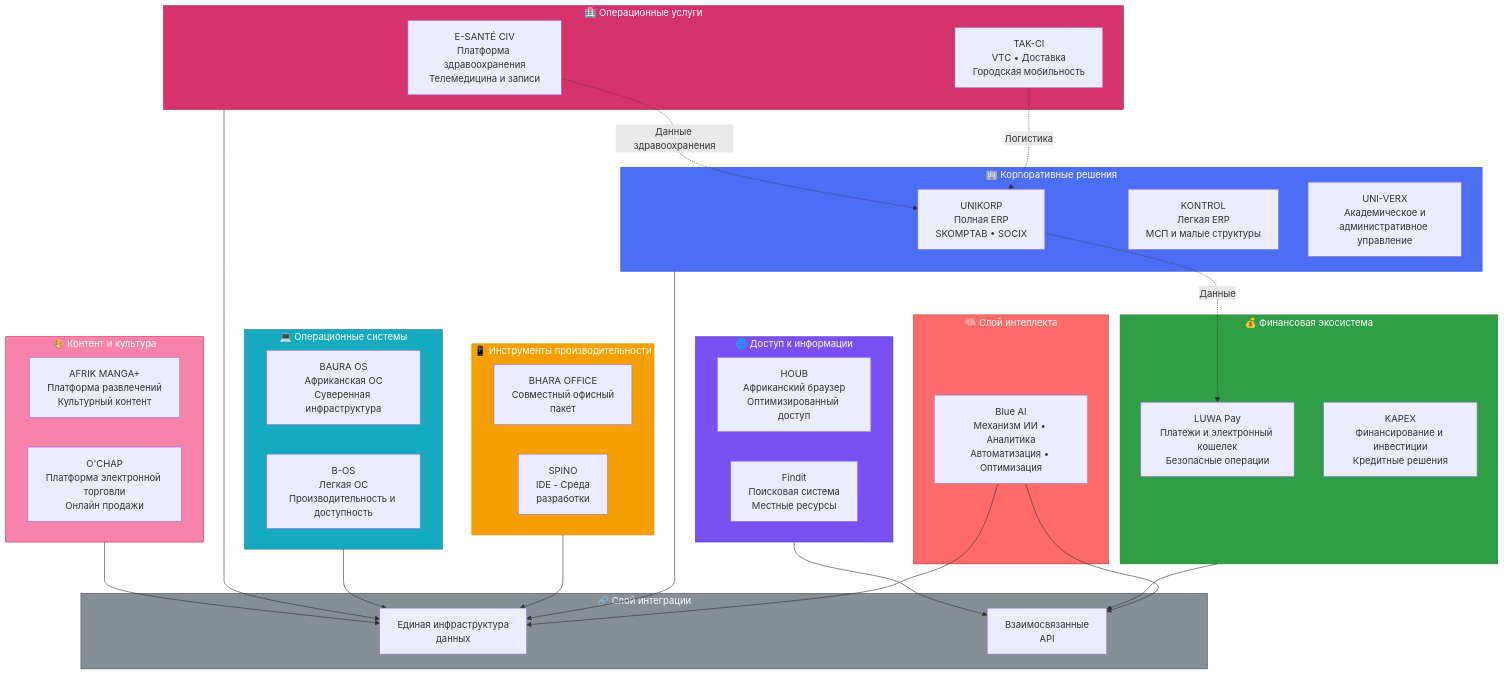
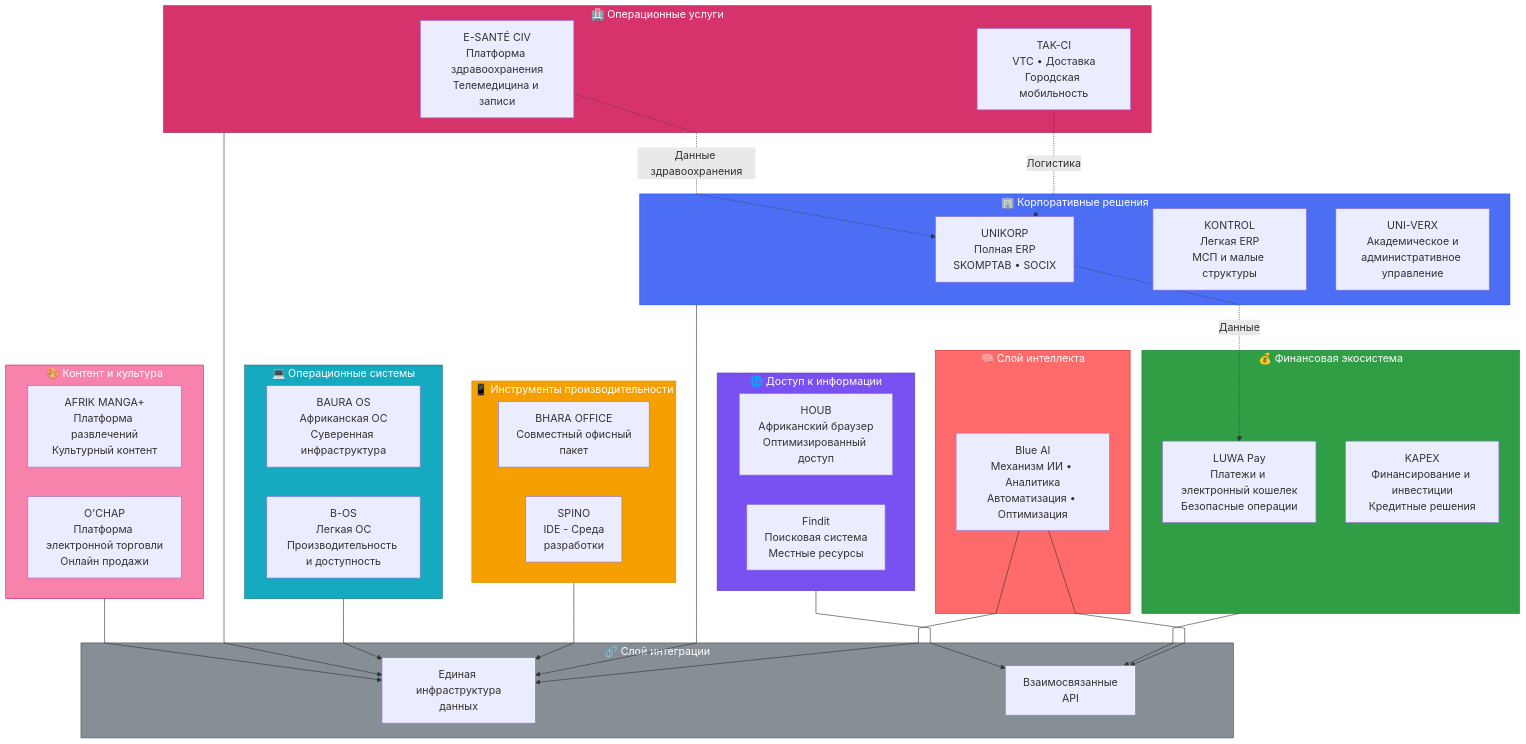
The fourth of 5 diagrams in profile/README.md (Bryant273/.github), drawn with Mermaid before and after one commit. The commit also changed other lines of this file, not shown here.

Commit message:
Augmentation de la taille des diagrammes Mermaid pour meilleure lisibilité

````diff
--- a/profile/README.md
+++ b/profile/README.md
@@ -670,71 +673,72 @@
 ```mermaid
+%%{init: {'flowchart': {'htmlLabels': true, 'curve': 'linear'}, 'theme': 'default', 'themeVariables': {'fontSize': '18px', 'fontFamily': 'arial'}, 'securityLevel': 'loose'}}%%
 graph TB
     subgraph Core["🧠 Слой интеллекта"]
         AI["Blue AI<br/>Механизм ИИ • Аналитика<br/>Автоматизация • Оптимизация"]
     end
 
     subgraph ERP["🏢 Корпоративные решения"]
         UNIKORP["UNIKORP<br/>Полная ERP<br/>SKOMPTAB • SOCIX"]
         KONTROL["KONTROL<br/>Легкая ERP<br/>МСП и малые структуры"]
         UNIVERX["UNI-VERX<br/>Академическое и<br/>административное управление"]
     end
 
     subgraph Finance["💰 Финансовая экосистема"]
         LUWA["LUWA Pay<br/>Платежи и электронный кошелек<br/>Безопасные операции"]
         KAPEX["KAPEX<br/>Финансирование и инвестиции<br/>Кредитные решения"]
     end
 
     subgraph Productivity["📱 Инструменты производительности"]
         BHARA["BHARA OFFICE<br/>Совместный офисный<br/>пакет"]
         SPINO["SPINO<br/>IDE - Среда<br/>разработки"]
     end
 
     subgraph Access["🌐 Доступ к информации"]
         HOUB["HOUB<br/>Африканский браузер<br/>Оптимизированный доступ"]
         FINDIT["Findit<br/>Поисковая система<br/>Местные ресурсы"]
     end
 
     subgraph OS["💻 Операционные системы"]
         BAURA["BAURA OS<br/>Африканская ОС<br/>Суверенная инфраструктура"]
         BOS["B-OS<br/>Легкая ОС<br/>Производительность и доступность"]
     end
 
     subgraph Services["🏥 Операционные услуги"]
         ESANTE["E-SANTÉ CIV<br/>Платформа здравоохранения<br/>Телемедицина и записи"]
         TAKCI["TAK-CI<br/>VTC • Доставка<br/>Городская мобильность"]
     end
 
     subgraph Content["🎨 Контент и культура"]
         MANGA["AFRIK MANGA+<br/>Платформа развлечений<br/>Культурный контент"]
         OCHAP["O'CHAP<br/>Платформа электронной торговли<br/>Онлайн продажи"]
     end
 
     subgraph Integration["🔗 Слой интеграции"]
         DATA["Единая инфраструктура<br/>данных"]
         API["Взаимосвязанные<br/>API"]
     end
 
     AI --> DATA
     AI --> API
     ERP --> DATA
     Finance --> API
     Productivity --> DATA
     Access --> API
     OS --> DATA
     Services --> DATA
     Content --> DATA
 
     UNIKORP -.->|"Данные"| LUWA
     TAKCI -.->|"Логистика"| UNIKORP
     ESANTE -.->|"Данные здравоохранения"| UNIKORP
 
     style Core fill:#FF6B6B,stroke:#C92A2A,color:#fff
     style ERP fill:#4C6EF5,stroke:#1C47EB,color:#fff
     style Finance fill:#2F9E44,stroke:#1B7A3A,color:#fff
     style Productivity fill:#F59F00,stroke:#D89500,color:#fff
     style Access fill:#7950F2,stroke:#5F3DC4,color:#fff
     style OS fill:#15AABF,stroke:#0B7285,color:#fff
     style Services fill:#D6336C,stroke:#A61E4D,color:#fff
     style Content fill:#F783AC,stroke:#D1184B,color:#fff
     style Integration fill:#868E96,stroke:#495057,color:#fff
 ```
````
